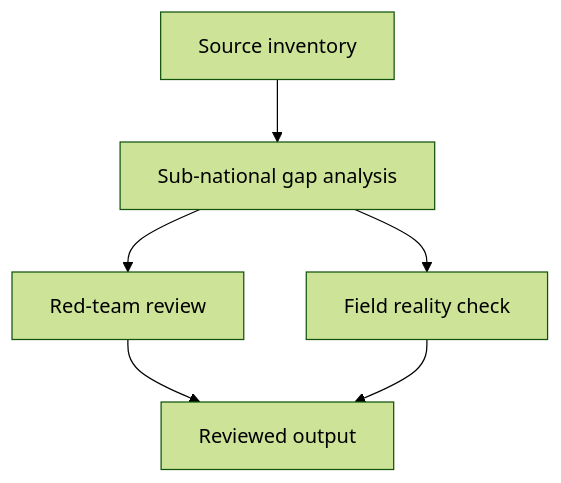
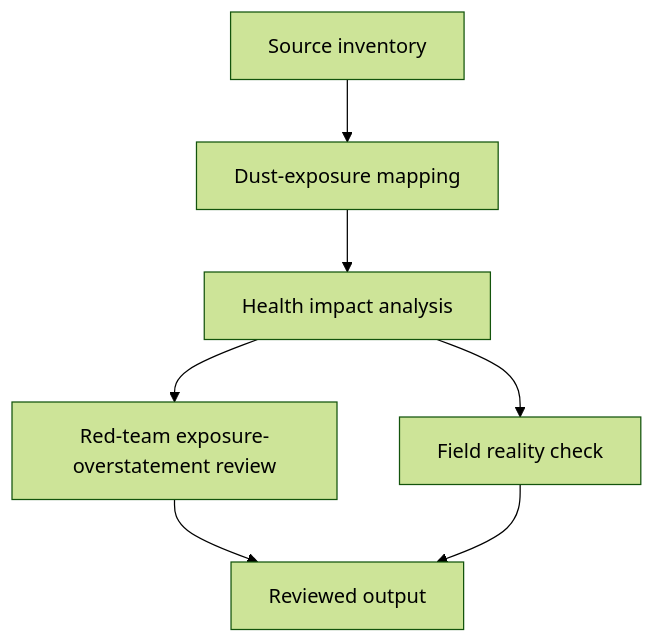
One commit to Open-Problem-Lab/open-problem-lab changed the diagram in problem-packs/climate-health/dust-storm-health-global/task-map.md. Above: the diagram before and after it, drawn with Mermaid (forest theme). The commit also changed other lines of this file and 9 other files, not shown here.

First line of the commit message:
fix: elevate dust-storm-health-global to canonical quality

````diff
--- a/problem-packs/climate-health/dust-storm-health-global/task-map.md
+++ b/problem-packs/climate-health/dust-storm-health-global/task-map.md
@@ -9,8 +9,9 @@
 ```mermaid
 flowchart TD
-  A["Source inventory"] --> B["Sub-national gap analysis"]
-  B --> C["Red-team review"]
-  B --> D["Field reality check"]
-  C --> E["Reviewed output"]
-  D --> E
+  A["Source inventory"] --> B["Dust-exposure mapping"]
+  B --> C["Health impact analysis"]
+  C --> D["Red-team exposure-overstatement review"]
+  C --> E["Field reality check"]
+  D --> F["Reviewed output"]
+  E --> F
 ```
````
